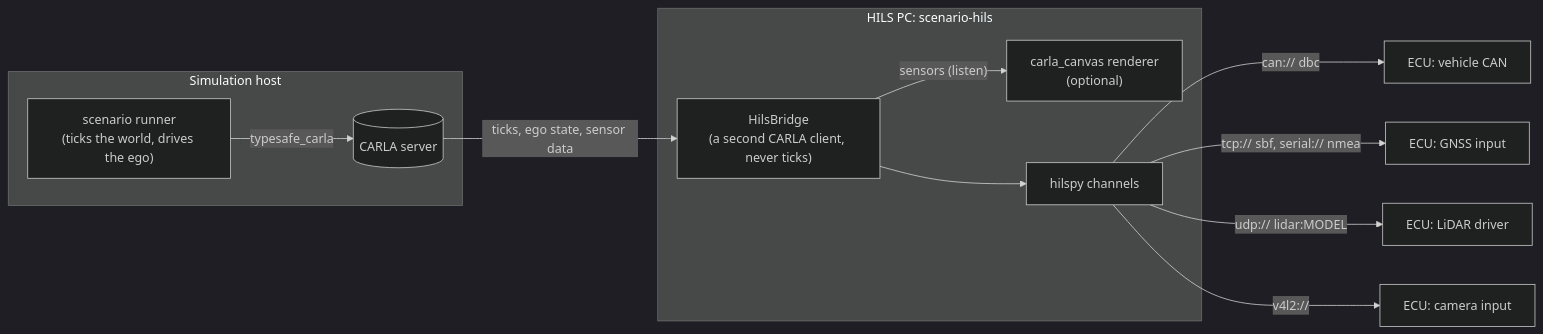
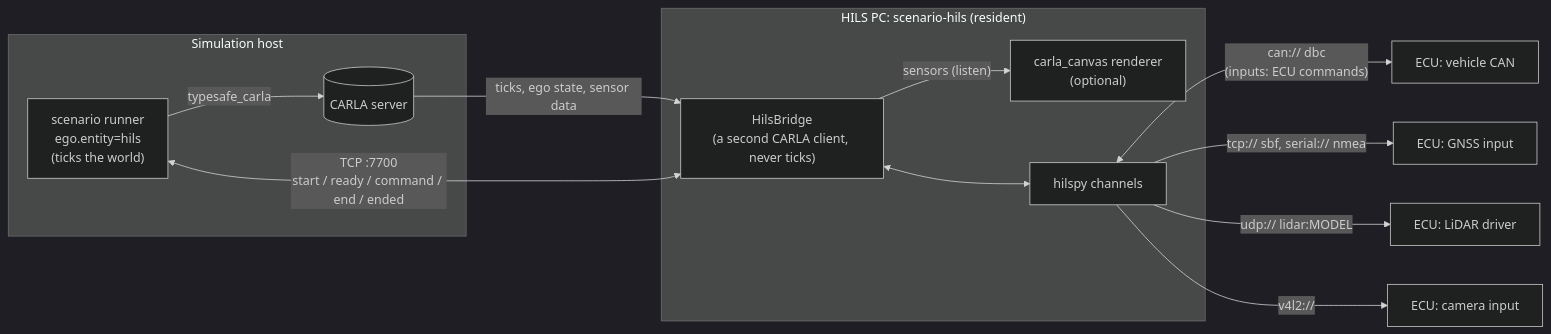
Before and after one commit to autowarefoundation/autoware_carla_scenario: the diagram in autoware_carla_scenario/docs/hils.md, drawn with Mermaid (dark theme). The commit also changed other lines of this file and 15 other files, not shown here.

First line of the commit message:
feat(hils): ECU-to-simulation commands and a resident bridge lifecycle

````diff
--- a/autoware_carla_scenario/docs/hils.md
+++ b/autoware_carla_scenario/docs/hils.md
@@ -11,20 +13,21 @@
 ```mermaid
 flowchart LR
     subgraph sim["Simulation host"]
-        runner["scenario runner<br/>(ticks the world, drives the ego)"]
+        runner["scenario runner<br/>ego.entity=hils<br/>(ticks the world)"]
         carla[("CARLA server")]
         runner -- typesafe_carla --> carla
     end
-    subgraph hils["HILS PC: scenario-hils"]
+    subgraph hils["HILS PC: scenario-hils (resident)"]
         bridge["HilsBridge<br/>(a second CARLA client, never ticks)"]
         canvas["carla_canvas renderer<br/>(optional)"]
         hilspy["hilspy channels"]
         bridge -- "sensors (listen)" --> canvas
-        bridge --> hilspy
+        bridge <--> hilspy
     end
     carla -- "ticks, ego state, sensor data" --> bridge
-    hilspy -- "can:// dbc" --> ecu1["ECU: vehicle CAN"]
+    runner <-- "TCP :7700<br/>start / ready / command / end / ended" --> bridge
+    hilspy <-- "can:// dbc<br/>(inputs: ECU commands)" --> ecu1["ECU: vehicle CAN"]
     hilspy -- "tcp:// sbf, serial:// nmea" --> ecu2["ECU: GNSS input"]
     hilspy -- "udp:// lidar:MODEL" --> ecu3["ECU: LiDAR driver"]
     hilspy -- "v4l2://" --> ecu4["ECU: camera input"]
 ```
````
